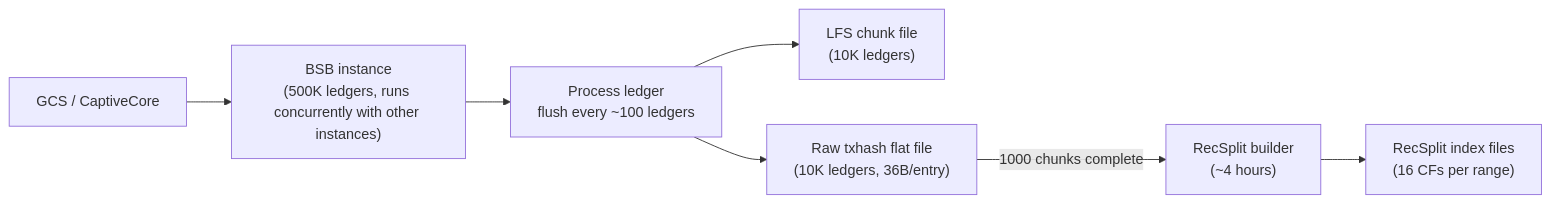
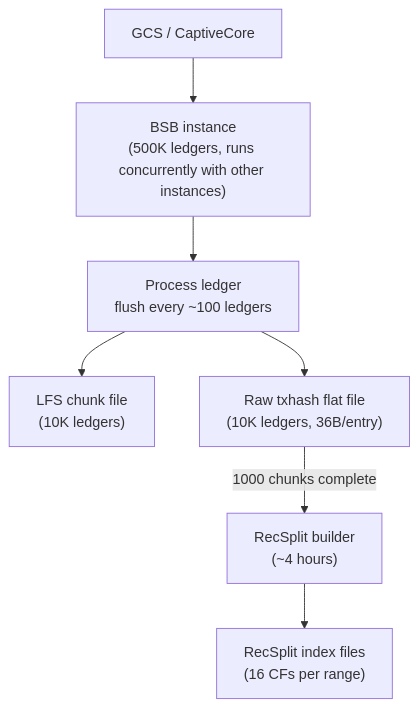
One commit to stellar/stellar-rpc changed the sixth of 11 diagrams in full-history/design-docs/01-architecture-overview.md. Above: the diagram before and after it, drawn with Mermaid. The commit also changed other lines of this file, not shown here.

First line of the commit message:
Improve architecture overview formatting for readability

````diff
--- a/full-history/design-docs/01-architecture-overview.md
+++ b/full-history/design-docs/01-architecture-overview.md
@@ -144,9 +165,9 @@
 ```mermaid
-flowchart LR
+flowchart TD
     A["GCS / CaptiveCore"] --> B["BSB instance<br/>(500K ledgers, runs concurrently with other instances)"]
     B --> C["Process ledger<br/>flush every ~100 ledgers"]
     C --> D["LFS chunk file<br/>(10K ledgers)"]
     C --> E["Raw txhash flat file<br/>(10K ledgers, 36B/entry)"]
     E -->|"1000 chunks complete"| F["RecSplit builder<br/>(~4 hours)"]
     F --> G["RecSplit index files<br/>(16 CFs per range)"]
 ```
````
